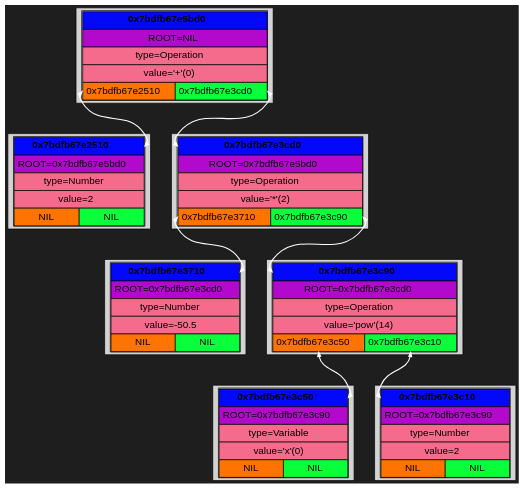
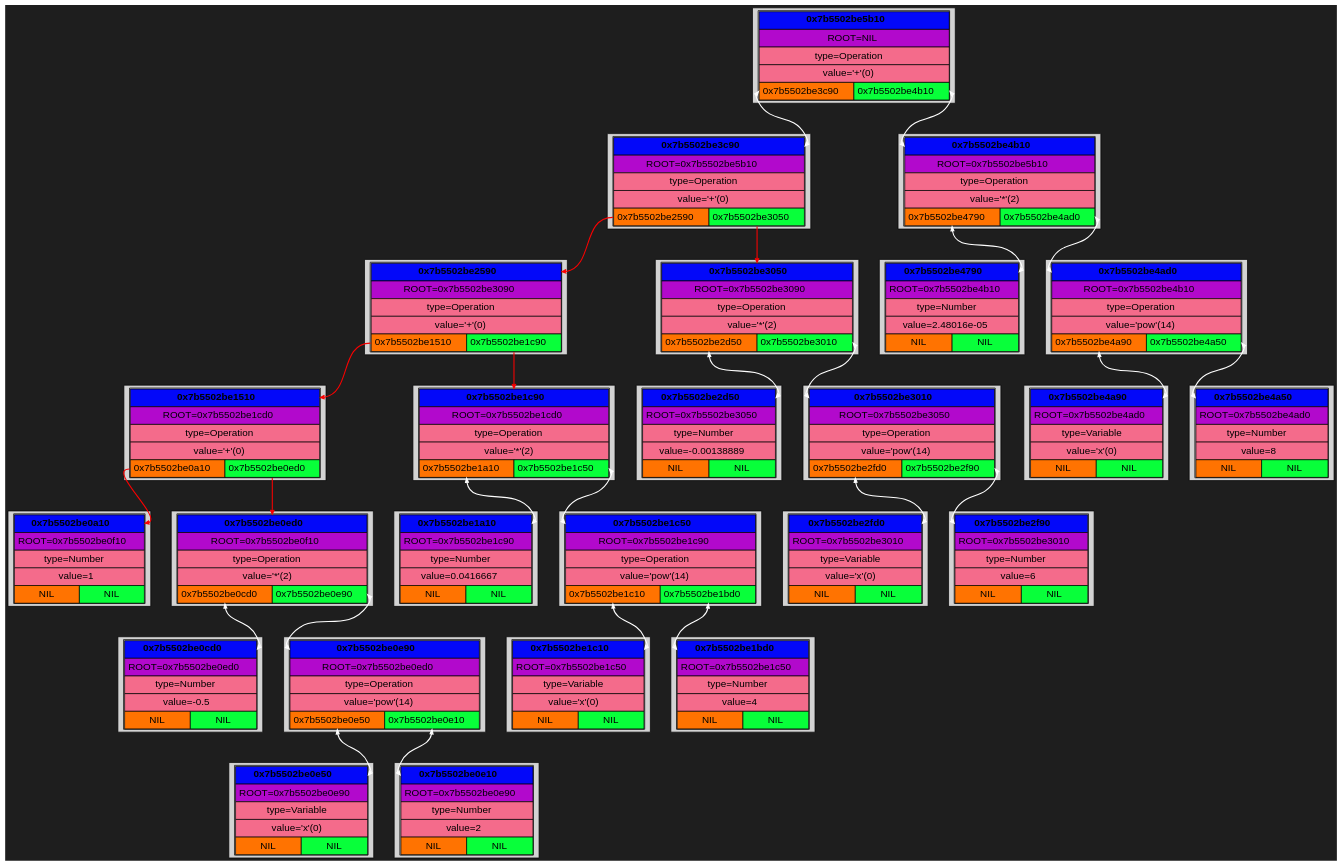
One commit to Kabuto-Mainer/Diff changed the diagram in Dump/BinTree/graph.dot. Above: the diagram before and after it, drawn with Graphviz. The commit also changed 25 other files, not shown here.

```diff
--- a/Dump/BinTree/graph.dot
+++ b/Dump/BinTree/graph.dot
@@ -6,10 +6,46 @@
   node [shape=plaintext, style=filled, fontname="Helvetica"];
   edge [arrowhead=vee, arrowsize=0.6, penwidth=1.2];
 
-block_0x7bdfb67e2510 [shape=box, label=<
+block_0x7b5502be0a10 [shape=box, label=<
 <TABLE CELLSPACING="0" CELLPADDING="4">
-<TR><TD PORT="root" BGCOLOR="#0308f9ff" COLSPAN="2"><B>0x7bdfb67e2510</B></TD></TR>
-<TR><TD BGCOLOR="#b209ccff" COLSPAN="2">ROOT=0x7bdfb67e5bd0</TD></TR>
+<TR><TD PORT="root" BGCOLOR="#0308f9ff" COLSPAN="2"><B>0x7b5502be0a10</B></TD></TR>
+<TR><TD BGCOLOR="#b209ccff" COLSPAN="2">ROOT=0x7b5502be0f10</TD></TR>
+<TR><TD BGCOLOR="#f46b8bff" COLSPAN="2">type=Number</TD></TR>
+<TR><TD BGCOLOR="#f46b8bff" COLSPAN="2">value=1</TD></TR>
+<TR>
+<TD PORT="left" BGCOLOR="#ff7301ff">NIL</TD>
+<TD PORT="right" BGCOLOR="#08ff3aff">NIL</TD>
+</TR>
+</TABLE> >];
+
+block_0x7b5502be0cd0 [shape=box, label=<
+<TABLE CELLSPACING="0" CELLPADDING="4">
+<TR><TD PORT="root" BGCOLOR="#0308f9ff" COLSPAN="2"><B>0x7b5502be0cd0</B></TD></TR>
+<TR><TD BGCOLOR="#b209ccff" COLSPAN="2">ROOT=0x7b5502be0ed0</TD></TR>
+<TR><TD BGCOLOR="#f46b8bff" COLSPAN="2">type=Number</TD></TR>
+<TR><TD BGCOLOR="#f46b8bff" COLSPAN="2">value=-0.5</TD></TR>
+<TR>
+<TD PORT="left" BGCOLOR="#ff7301ff">NIL</TD>
+<TD PORT="right" BGCOLOR="#08ff3aff">NIL</TD>
+</TR>
+</TABLE> >];
+
+block_0x7b5502be0e50 [shape=box, label=<
+<TABLE CELLSPACING="0" CELLPADDING="4">
+<TR><TD PORT="root" BGCOLOR="#0308f9ff" COLSPAN="2"><B>0x7b5502be0e50</B></TD></TR>
+<TR><TD BGCOLOR="#b209ccff" COLSPAN="2">ROOT=0x7b5502be0e90</TD></TR>
+<TR><TD BGCOLOR="#f46b8bff" COLSPAN="2">type=Variable</TD></TR>
+<TR><TD BGCOLOR="#f46b8bff" COLSPAN="2">value='x'(0)</TD></TR>
+<TR>
+<TD PORT="left" BGCOLOR="#ff7301ff">NIL</TD>
+<TD PORT="right" BGCOLOR="#08ff3aff">NIL</TD>
+</TR>
+</TABLE> >];
+
+block_0x7b5502be0e10 [shape=box, label=<
+<TABLE CELLSPACING="0" CELLPADDING="4">
+<TR><TD PORT="root" BGCOLOR="#0308f9ff" COLSPAN="2"><B>0x7b5502be0e10</B></TD></TR>
+<TR><TD BGCOLOR="#b209ccff" COLSPAN="2">ROOT=0x7b5502be0e90</TD></TR>
 <TR><TD BGCOLOR="#f46b8bff" COLSPAN="2">type=Number</TD></TR>
 <TR><TD BGCOLOR="#f46b8bff" COLSPAN="2">value=2</TD></TR>
 <TR>
@@ -18,22 +54,58 @@
 </TR>
 </TABLE> >];
 
-block_0x7bdfb67e3710 [shape=box, label=<
+block_0x7b5502be0e90 [shape=box, label=<
 <TABLE CELLSPACING="0" CELLPADDING="4">
-<TR><TD PORT="root" BGCOLOR="#0308f9ff" COLSPAN="2"><B>0x7bdfb67e3710</B></TD></TR>
-<TR><TD BGCOLOR="#b209ccff" COLSPAN="2">ROOT=0x7bdfb67e3cd0</TD></TR>
+<TR><TD PORT="root" BGCOLOR="#0308f9ff" COLSPAN="2"><B>0x7b5502be0e90</B></TD></TR>
+<TR><TD BGCOLOR="#b209ccff" COLSPAN="2">ROOT=0x7b5502be0ed0</TD></TR>
+<TR><TD BGCOLOR="#f46b8bff" COLSPAN="2">type=Operation</TD></TR>
+<TR><TD BGCOLOR="#f46b8bff" COLSPAN="2">value='pow'(14)</TD></TR>
+<TR>
+<TD PORT="left" BGCOLOR="#ff7301ff">0x7b5502be0e50</TD>
+<TD PORT="right" BGCOLOR="#08ff3aff">0x7b5502be0e10</TD>
+</TR>
+</TABLE> >];
+
+block_0x7b5502be0ed0 [shape=box, label=<
+<TABLE CELLSPACING="0" CELLPADDING="4">
+<TR><TD PORT="root" BGCOLOR="#0308f9ff" COLSPAN="2"><B>0x7b5502be0ed0</B></TD></TR>
+<TR><TD BGCOLOR="#b209ccff" COLSPAN="2">ROOT=0x7b5502be0f10</TD></TR>
+<TR><TD BGCOLOR="#f46b8bff" COLSPAN="2">type=Operation</TD></TR>
+<TR><TD BGCOLOR="#f46b8bff" COLSPAN="2">value='*'(2)</TD></TR>
+<TR>
+<TD PORT="left" BGCOLOR="#ff7301ff">0x7b5502be0cd0</TD>
+<TD PORT="right" BGCOLOR="#08ff3aff">0x7b5502be0e90</TD>
+</TR>
+</TABLE> >];
+
+block_0x7b5502be1510 [shape=box, label=<
+<TABLE CELLSPACING="0" CELLPADDING="4">
+<TR><TD PORT="root" BGCOLOR="#0308f9ff" COLSPAN="2"><B>0x7b5502be1510</B></TD></TR>
+<TR><TD BGCOLOR="#b209ccff" COLSPAN="2">ROOT=0x7b5502be1cd0</TD></TR>
+<TR><TD BGCOLOR="#f46b8bff" COLSPAN="2">type=Operation</TD></TR>
+<TR><TD BGCOLOR="#f46b8bff" COLSPAN="2">value='+'(0)</TD></TR>
+<TR>
+<TD PORT="left" BGCOLOR="#ff7301ff">0x7b5502be0a10</TD>
+<TD PORT="right" BGCOLOR="#08ff3aff">0x7b5502be0ed0</TD>
+</TR>
+</TABLE> >];
+
+block_0x7b5502be1a10 [shape=box, label=<
+<TABLE CELLSPACING="0" CELLPADDING="4">
+<TR><TD PORT="root" BGCOLOR="#0308f9ff" COLSPAN="2"><B>0x7b5502be1a10</B></TD></TR>
+<TR><TD BGCOLOR="#b209ccff" COLSPAN="2">ROOT=0x7b5502be1c90</TD></TR>
 <TR><TD BGCOLOR="#f46b8bff" COLSPAN="2">type=Number</TD></TR>
-<TR><TD BGCOLOR="#f46b8bff" COLSPAN="2">value=-50.5</TD></TR>
+<TR><TD BGCOLOR="#f46b8bff" COLSPAN="2">value=0.0416667</TD></TR>
 <TR>
 <TD PORT="left" BGCOLOR="#ff7301ff">NIL</TD>
 <TD PORT="right" BGCOLOR="#08ff3aff">NIL</TD>
 </TR>
 </TABLE> >];
 
-block_0x7bdfb67e3c50 [shape=box, label=<
+block_0x7b5502be1c10 [shape=box, label=<
 <TABLE CELLSPACING="0" CELLPADDING="4">
-<TR><TD PORT="root" BGCOLOR="#0308f9ff" COLSPAN="2"><B>0x7bdfb67e3c50</B></TD></TR>
-<TR><TD BGCOLOR="#b209ccff" COLSPAN="2">ROOT=0x7bdfb67e3c90</TD></TR>
+<TR><TD PORT="root" BGCOLOR="#0308f9ff" COLSPAN="2"><B>0x7b5502be1c10</B></TD></TR>
+<TR><TD BGCOLOR="#b209ccff" COLSPAN="2">ROOT=0x7b5502be1c50</TD></TR>
 <TR><TD BGCOLOR="#f46b8bff" COLSPAN="2">type=Variable</TD></TR>
 <TR><TD BGCOLOR="#f46b8bff" COLSPAN="2">value='x'(0)</TD></TR>
 <TR>
@@ -42,59 +114,221 @@
 </TR>
 </TABLE> >];
 
-block_0x7bdfb67e3c10 [shape=box, label=<
+block_0x7b5502be1bd0 [shape=box, label=<
 <TABLE CELLSPACING="0" CELLPADDING="4">
-<TR><TD PORT="root" BGCOLOR="#0308f9ff" COLSPAN="2"><B>0x7bdfb67e3c10</B></TD></TR>
-<TR><TD BGCOLOR="#b209ccff" COLSPAN="2">ROOT=0x7bdfb67e3c90</TD></TR>
+<TR><TD PORT="root" BGCOLOR="#0308f9ff" COLSPAN="2"><B>0x7b5502be1bd0</B></TD></TR>
+<TR><TD BGCOLOR="#b209ccff" COLSPAN="2">ROOT=0x7b5502be1c50</TD></TR>
 <TR><TD BGCOLOR="#f46b8bff" COLSPAN="2">type=Number</TD></TR>
-<TR><TD BGCOLOR="#f46b8bff" COLSPAN="2">value=2</TD></TR>
+<TR><TD BGCOLOR="#f46b8bff" COLSPAN="2">value=4</TD></TR>
 <TR>
 <TD PORT="left" BGCOLOR="#ff7301ff">NIL</TD>
 <TD PORT="right" BGCOLOR="#08ff3aff">NIL</TD>
 </TR>
 </TABLE> >];
 
-block_0x7bdfb67e3c90 [shape=box, label=<
+block_0x7b5502be1c50 [shape=box, label=<
 <TABLE CELLSPACING="0" CELLPADDING="4">
-<TR><TD PORT="root" BGCOLOR="#0308f9ff" COLSPAN="2"><B>0x7bdfb67e3c90</B></TD></TR>
-<TR><TD BGCOLOR="#b209ccff" COLSPAN="2">ROOT=0x7bdfb67e3cd0</TD></TR>
+<TR><TD PORT="root" BGCOLOR="#0308f9ff" COLSPAN="2"><B>0x7b5502be1c50</B></TD></TR>
+<TR><TD BGCOLOR="#b209ccff" COLSPAN="2">ROOT=0x7b5502be1c90</TD></TR>
 <TR><TD BGCOLOR="#f46b8bff" COLSPAN="2">type=Operation</TD></TR>
 <TR><TD BGCOLOR="#f46b8bff" COLSPAN="2">value='pow'(14)</TD></TR>
 <TR>
-<TD PORT="left" BGCOLOR="#ff7301ff">0x7bdfb67e3c50</TD>
-<TD PORT="right" BGCOLOR="#08ff3aff">0x7bdfb67e3c10</TD>
+<TD PORT="left" BGCOLOR="#ff7301ff">0x7b5502be1c10</TD>
+<TD PORT="right" BGCOLOR="#08ff3aff">0x7b5502be1bd0</TD>
 </TR>
 </TABLE> >];
 
-block_0x7bdfb67e3cd0 [shape=box, label=<
+block_0x7b5502be1c90 [shape=box, label=<
 <TABLE CELLSPACING="0" CELLPADDING="4">
-<TR><TD PORT="root" BGCOLOR="#0308f9ff" COLSPAN="2"><B>0x7bdfb67e3cd0</B></TD></TR>
-<TR><TD BGCOLOR="#b209ccff" COLSPAN="2">ROOT=0x7bdfb67e5bd0</TD></TR>
+<TR><TD PORT="root" BGCOLOR="#0308f9ff" COLSPAN="2"><B>0x7b5502be1c90</B></TD></TR>
+<TR><TD BGCOLOR="#b209ccff" COLSPAN="2">ROOT=0x7b5502be1cd0</TD></TR>
 <TR><TD BGCOLOR="#f46b8bff" COLSPAN="2">type=Operation</TD></TR>
 <TR><TD BGCOLOR="#f46b8bff" COLSPAN="2">value='*'(2)</TD></TR>
 <TR>
-<TD PORT="left" BGCOLOR="#ff7301ff">0x7bdfb67e3710</TD>
-<TD PORT="right" BGCOLOR="#08ff3aff">0x7bdfb67e3c90</TD>
+<TD PORT="left" BGCOLOR="#ff7301ff">0x7b5502be1a10</TD>
+<TD PORT="right" BGCOLOR="#08ff3aff">0x7b5502be1c50</TD>
 </TR>
 </TABLE> >];
 
-block_0x7bdfb67e5bd0 [shape=box, label=<
+block_0x7b5502be2590 [shape=box, label=<
 <TABLE CELLSPACING="0" CELLPADDING="4">
-<TR><TD PORT="root" BGCOLOR="#0308f9ff" COLSPAN="2"><B>0x7bdfb67e5bd0</B></TD></TR>
+<TR><TD PORT="root" BGCOLOR="#0308f9ff" COLSPAN="2"><B>0x7b5502be2590</B></TD></TR>
+<TR><TD BGCOLOR="#b209ccff" COLSPAN="2">ROOT=0x7b5502be3090</TD></TR>
+<TR><TD BGCOLOR="#f46b8bff" COLSPAN="2">type=Operation</TD></TR>
+<TR><TD BGCOLOR="#f46b8bff" COLSPAN="2">value='+'(0)</TD></TR>
+<TR>
+<TD PORT="left" BGCOLOR="#ff7301ff">0x7b5502be1510</TD>
+<TD PORT="right" BGCOLOR="#08ff3aff">0x7b5502be1c90</TD>
+</TR>
+</TABLE> >];
+
+block_0x7b5502be2d50 [shape=box, label=<
+<TABLE CELLSPACING="0" CELLPADDING="4">
+<TR><TD PORT="root" BGCOLOR="#0308f9ff" COLSPAN="2"><B>0x7b5502be2d50</B></TD></TR>
+<TR><TD BGCOLOR="#b209ccff" COLSPAN="2">ROOT=0x7b5502be3050</TD></TR>
+<TR><TD BGCOLOR="#f46b8bff" COLSPAN="2">type=Number</TD></TR>
+<TR><TD BGCOLOR="#f46b8bff" COLSPAN="2">value=-0.00138889</TD></TR>
+<TR>
+<TD PORT="left" BGCOLOR="#ff7301ff">NIL</TD>
+<TD PORT="right" BGCOLOR="#08ff3aff">NIL</TD>
+</TR>
+</TABLE> >];
+
+block_0x7b5502be2fd0 [shape=box, label=<
+<TABLE CELLSPACING="0" CELLPADDING="4">
+<TR><TD PORT="root" BGCOLOR="#0308f9ff" COLSPAN="2"><B>0x7b5502be2fd0</B></TD></TR>
+<TR><TD BGCOLOR="#b209ccff" COLSPAN="2">ROOT=0x7b5502be3010</TD></TR>
+<TR><TD BGCOLOR="#f46b8bff" COLSPAN="2">type=Variable</TD></TR>
+<TR><TD BGCOLOR="#f46b8bff" COLSPAN="2">value='x'(0)</TD></TR>
+<TR>
+<TD PORT="left" BGCOLOR="#ff7301ff">NIL</TD>
+<TD PORT="right" BGCOLOR="#08ff3aff">NIL</TD>
+</TR>
+</TABLE> >];
+
+block_0x7b5502be2f90 [shape=box, label=<
+<TABLE CELLSPACING="0" CELLPADDING="4">
+<TR><TD PORT="root" BGCOLOR="#0308f9ff" COLSPAN="2"><B>0x7b5502be2f90</B></TD></TR>
+<TR><TD BGCOLOR="#b209ccff" COLSPAN="2">ROOT=0x7b5502be3010</TD></TR>
+<TR><TD BGCOLOR="#f46b8bff" COLSPAN="2">type=Number</TD></TR>
+<TR><TD BGCOLOR="#f46b8bff" COLSPAN="2">value=6</TD></TR>
+<TR>
+<TD PORT="left" BGCOLOR="#ff7301ff">NIL</TD>
+<TD PORT="right" BGCOLOR="#08ff3aff">NIL</TD>
+</TR>
+</TABLE> >];
+
+block_0x7b5502be3010 [shape=box, label=<
+<TABLE CELLSPACING="0" CELLPADDING="4">
+<TR><TD PORT="root" BGCOLOR="#0308f9ff" COLSPAN="2"><B>0x7b5502be3010</B></TD></TR>
+<TR><TD BGCOLOR="#b209ccff" COLSPAN="2">ROOT=0x7b5502be3050</TD></TR>
+<TR><TD BGCOLOR="#f46b8bff" COLSPAN="2">type=Operation</TD></TR>
+<TR><TD BGCOLOR="#f46b8bff" COLSPAN="2">value='pow'(14)</TD></TR>
+<TR>
+<TD PORT="left" BGCOLOR="#ff7301ff">0x7b5502be2fd0</TD>
+<TD PORT="right" BGCOLOR="#08ff3aff">0x7b5502be2f90</TD>
+</TR>
+</TABLE> >];
+
+block_0x7b5502be3050 [shape=box, label=<
+<TABLE CELLSPACING="0" CELLPADDING="4">
+<TR><TD PORT="root" BGCOLOR="#0308f9ff" COLSPAN="2"><B>0x7b5502be3050</B></TD></TR>
+<TR><TD BGCOLOR="#b209ccff" COLSPAN="2">ROOT=0x7b5502be3090</TD></TR>
+<TR><TD BGCOLOR="#f46b8bff" COLSPAN="2">type=Operation</TD></TR>
+<TR><TD BGCOLOR="#f46b8bff" COLSPAN="2">value='*'(2)</TD></TR>
+<TR>
+<TD PORT="left" BGCOLOR="#ff7301ff">0x7b5502be2d50</TD>
+<TD PORT="right" BGCOLOR="#08ff3aff">0x7b5502be3010</TD>
+</TR>
+</TABLE> >];
+
+block_0x7b5502be3c90 [shape=box, label=<
+<TABLE CELLSPACING="0" CELLPADDING="4">
+<TR><TD PORT="root" BGCOLOR="#0308f9ff" COLSPAN="2"><B>0x7b5502be3c90</B></TD></TR>
+<TR><TD BGCOLOR="#b209ccff" COLSPAN="2">ROOT=0x7b5502be5b10</TD></TR>
+<TR><TD BGCOLOR="#f46b8bff" COLSPAN="2">type=Operation</TD></TR>
+<TR><TD BGCOLOR="#f46b8bff" COLSPAN="2">value='+'(0)</TD></TR>
+<TR>
+<TD PORT="left" BGCOLOR="#ff7301ff">0x7b5502be2590</TD>
+<TD PORT="right" BGCOLOR="#08ff3aff">0x7b5502be3050</TD>
+</TR>
+</TABLE> >];
+
+block_0x7b5502be4790 [shape=box, label=<
+<TABLE CELLSPACING="0" CELLPADDING="4">
+<TR><TD PORT="root" BGCOLOR="#0308f9ff" COLSPAN="2"><B>0x7b5502be4790</B></TD></TR>
+<TR><TD BGCOLOR="#b209ccff" COLSPAN="2">ROOT=0x7b5502be4b10</TD></TR>
+<TR><TD BGCOLOR="#f46b8bff" COLSPAN="2">type=Number</TD></TR>
+<TR><TD BGCOLOR="#f46b8bff" COLSPAN="2">value=2.48016e-05</TD></TR>
+<TR>
+<TD PORT="left" BGCOLOR="#ff7301ff">NIL</TD>
+<TD PORT="right" BGCOLOR="#08ff3aff">NIL</TD>
+</TR>
+</TABLE> >];
+
+block_0x7b5502be4a90 [shape=box, label=<
+<TABLE CELLSPACING="0" CELLPADDING="4">
+<TR><TD PORT="root" BGCOLOR="#0308f9ff" COLSPAN="2"><B>0x7b5502be4a90</B></TD></TR>
+<TR><TD BGCOLOR="#b209ccff" COLSPAN="2">ROOT=0x7b5502be4ad0</TD></TR>
+<TR><TD BGCOLOR="#f46b8bff" COLSPAN="2">type=Variable</TD></TR>
+<TR><TD BGCOLOR="#f46b8bff" COLSPAN="2">value='x'(0)</TD></TR>
+<TR>
+<TD PORT="left" BGCOLOR="#ff7301ff">NIL</TD>
+<TD PORT="right" BGCOLOR="#08ff3aff">NIL</TD>
+</TR>
+</TABLE> >];
+
+block_0x7b5502be4a50 [shape=box, label=<
+<TABLE CELLSPACING="0" CELLPADDING="4">
+<TR><TD PORT="root" BGCOLOR="#0308f9ff" COLSPAN="2"><B>0x7b5502be4a50</B></TD></TR>
+<TR><TD BGCOLOR="#b209ccff" COLSPAN="2">ROOT=0x7b5502be4ad0</TD></TR>
+<TR><TD BGCOLOR="#f46b8bff" COLSPAN="2">type=Number</TD></TR>
+<TR><TD BGCOLOR="#f46b8bff" COLSPAN="2">value=8</TD></TR>
+<TR>
+<TD PORT="left" BGCOLOR="#ff7301ff">NIL</TD>
+<TD PORT="right" BGCOLOR="#08ff3aff">NIL</TD>
+</TR>
+</TABLE> >];
+
+block_0x7b5502be4ad0 [shape=box, label=<
+<TABLE CELLSPACING="0" CELLPADDING="4">
+<TR><TD PORT="root" BGCOLOR="#0308f9ff" COLSPAN="2"><B>0x7b5502be4ad0</B></TD></TR>
+<TR><TD BGCOLOR="#b209ccff" COLSPAN="2">ROOT=0x7b5502be4b10</TD></TR>
+<TR><TD BGCOLOR="#f46b8bff" COLSPAN="2">type=Operation</TD></TR>
+<TR><TD BGCOLOR="#f46b8bff" COLSPAN="2">value='pow'(14)</TD></TR>
+<TR>
+<TD PORT="left" BGCOLOR="#ff7301ff">0x7b5502be4a90</TD>
+<TD PORT="right" BGCOLOR="#08ff3aff">0x7b5502be4a50</TD>
+</TR>
+</TABLE> >];
+
+block_0x7b5502be4b10 [shape=box, label=<
+<TABLE CELLSPACING="0" CELLPADDING="4">
+<TR><TD PORT="root" BGCOLOR="#0308f9ff" COLSPAN="2"><B>0x7b5502be4b10</B></TD></TR>
+<TR><TD BGCOLOR="#b209ccff" COLSPAN="2">ROOT=0x7b5502be5b10</TD></TR>
+<TR><TD BGCOLOR="#f46b8bff" COLSPAN="2">type=Operation</TD></TR>
+<TR><TD BGCOLOR="#f46b8bff" COLSPAN="2">value='*'(2)</TD></TR>
+<TR>
+<TD PORT="left" BGCOLOR="#ff7301ff">0x7b5502be4790</TD>
+<TD PORT="right" BGCOLOR="#08ff3aff">0x7b5502be4ad0</TD>
+</TR>
+</TABLE> >];
+
+block_0x7b5502be5b10 [shape=box, label=<
+<TABLE CELLSPACING="0" CELLPADDING="4">
+<TR><TD PORT="root" BGCOLOR="#0308f9ff" COLSPAN="2"><B>0x7b5502be5b10</B></TD></TR>
 <TR><TD BGCOLOR="#b209ccff" COLSPAN="2">ROOT=NIL</TD></TR>
 <TR><TD BGCOLOR="#f46b8bff" COLSPAN="2">type=Operation</TD></TR>
 <TR><TD BGCOLOR="#f46b8bff" COLSPAN="2">value='+'(0)</TD></TR>
 <TR>
-<TD PORT="left" BGCOLOR="#ff7301ff">0x7bdfb67e2510</TD>
-<TD PORT="right" BGCOLOR="#08ff3aff">0x7bdfb67e3cd0</TD>
+<TD PORT="left" BGCOLOR="#ff7301ff">0x7b5502be3c90</TD>
+<TD PORT="right" BGCOLOR="#08ff3aff">0x7b5502be4b10</TD>
 </TR>
 </TABLE> >];
 
-block_0x7bdfb67e3c90:right -> block_0x7bdfb67e3c10:root [color="#fefefeff", penwidth = 1.5, arrowsize = 0.6, constraint = true, dir = both];
-block_0x7bdfb67e3c90:left -> block_0x7bdfb67e3c50:root [color="#ffffffff", penwidth = 1.5, arrowsize = 0.6, constraint = true, dir = both];
-block_0x7bdfb67e3cd0:right -> block_0x7bdfb67e3c90:root [color="#fefefeff", penwidth = 1.5, arrowsize = 0.6, constraint = true, dir = both];
-block_0x7bdfb67e3cd0:left -> block_0x7bdfb67e3710:root [color="#ffffffff", penwidth = 1.5, arrowsize = 0.6, constraint = true, dir = both];
-block_0x7bdfb67e5bd0:right -> block_0x7bdfb67e3cd0:root [color="#fefefeff", penwidth = 1.5, arrowsize = 0.6, constraint = true, dir = both];
-block_0x7bdfb67e5bd0:left -> block_0x7bdfb67e2510:root [color="#ffffffff", penwidth = 1.5, arrowsize = 0.6, constraint = true, dir = both];
+block_0x7b5502be0e90:right -> block_0x7b5502be0e10:root [color="#fefefeff", penwidth = 1.5, arrowsize = 0.6, constraint = true, dir = both];
+block_0x7b5502be0e90:left -> block_0x7b5502be0e50:root [color="#ffffffff", penwidth = 1.5, arrowsize = 0.6, constraint = true, dir = both];
+block_0x7b5502be0ed0:right -> block_0x7b5502be0e90:root [color="#fefefeff", penwidth = 1.5, arrowsize = 0.6, constraint = true, dir = both];
+block_0x7b5502be0ed0:left -> block_0x7b5502be0cd0:root [color="#ffffffff", penwidth = 1.5, arrowsize = 0.6, constraint = true, dir = both];
+block_0x7b5502be1510:right -> block_0x7b5502be0ed0:root [color="#fa0101ff", penwidth = 1.5, arrowsize = 0.6, constraint = true];
+block_0x7b5502be1510:left -> block_0x7b5502be0a10:root [color="#fa0101ff", penwidth = 1.5, arrowsize = 0.6, constraint = true];
+block_0x7b5502be1c50:right -> block_0x7b5502be1bd0:root [color="#fefefeff", penwidth = 1.5, arrowsize = 0.6, constraint = true, dir = both];
+block_0x7b5502be1c50:left -> block_0x7b5502be1c10:root [color="#ffffffff", penwidth = 1.5, arrowsize = 0.6, constraint = true, dir = both];
+block_0x7b5502be1c90:right -> block_0x7b5502be1c50:root [color="#fefefeff", penwidth = 1.5, arrowsize = 0.6, constraint = true, dir = both];
+block_0x7b5502be1c90:left -> block_0x7b5502be1a10:root [color="#ffffffff", penwidth = 1.5, arrowsize = 0.6, constraint = true, dir = both];
+block_0x7b5502be2590:right -> block_0x7b5502be1c90:root [color="#fa0101ff", penwidth = 1.5, arrowsize = 0.6, constraint = true];
+block_0x7b5502be2590:left -> block_0x7b5502be1510:root [color="#fa0101ff", penwidth = 1.5, arrowsize = 0.6, constraint = true];
+block_0x7b5502be3010:right -> block_0x7b5502be2f90:root [color="#fefefeff", penwidth = 1.5, arrowsize = 0.6, constraint = true, dir = both];
+block_0x7b5502be3010:left -> block_0x7b5502be2fd0:root [color="#ffffffff", penwidth = 1.5, arrowsize = 0.6, constraint = true, dir = both];
+block_0x7b5502be3050:right -> block_0x7b5502be3010:root [color="#fefefeff", penwidth = 1.5, arrowsize = 0.6, constraint = true, dir = both];
+block_0x7b5502be3050:left -> block_0x7b5502be2d50:root [color="#ffffffff", penwidth = 1.5, arrowsize = 0.6, constraint = true, dir = both];
+block_0x7b5502be3c90:right -> block_0x7b5502be3050:root [color="#fa0101ff", penwidth = 1.5, arrowsize = 0.6, constraint = true];
+block_0x7b5502be3c90:left -> block_0x7b5502be2590:root [color="#fa0101ff", penwidth = 1.5, arrowsize = 0.6, constraint = true];
+block_0x7b5502be4ad0:right -> block_0x7b5502be4a50:root [color="#fefefeff", penwidth = 1.5, arrowsize = 0.6, constraint = true, dir = both];
+block_0x7b5502be4ad0:left -> block_0x7b5502be4a90:root [color="#ffffffff", penwidth = 1.5, arrowsize = 0.6, constraint = true, dir = both];
+block_0x7b5502be4b10:right -> block_0x7b5502be4ad0:root [color="#fefefeff", penwidth = 1.5, arrowsize = 0.6, constraint = true, dir = both];
+block_0x7b5502be4b10:left -> block_0x7b5502be4790:root [color="#ffffffff", penwidth = 1.5, arrowsize = 0.6, constraint = true, dir = both];
+block_0x7b5502be5b10:right -> block_0x7b5502be4b10:root [color="#fefefeff", penwidth = 1.5, arrowsize = 0.6, constraint = true, dir = both];
+block_0x7b5502be5b10:left -> block_0x7b5502be3c90:root [color="#ffffffff", penwidth = 1.5, arrowsize = 0.6, constraint = true, dir = both];
 
 }
```
